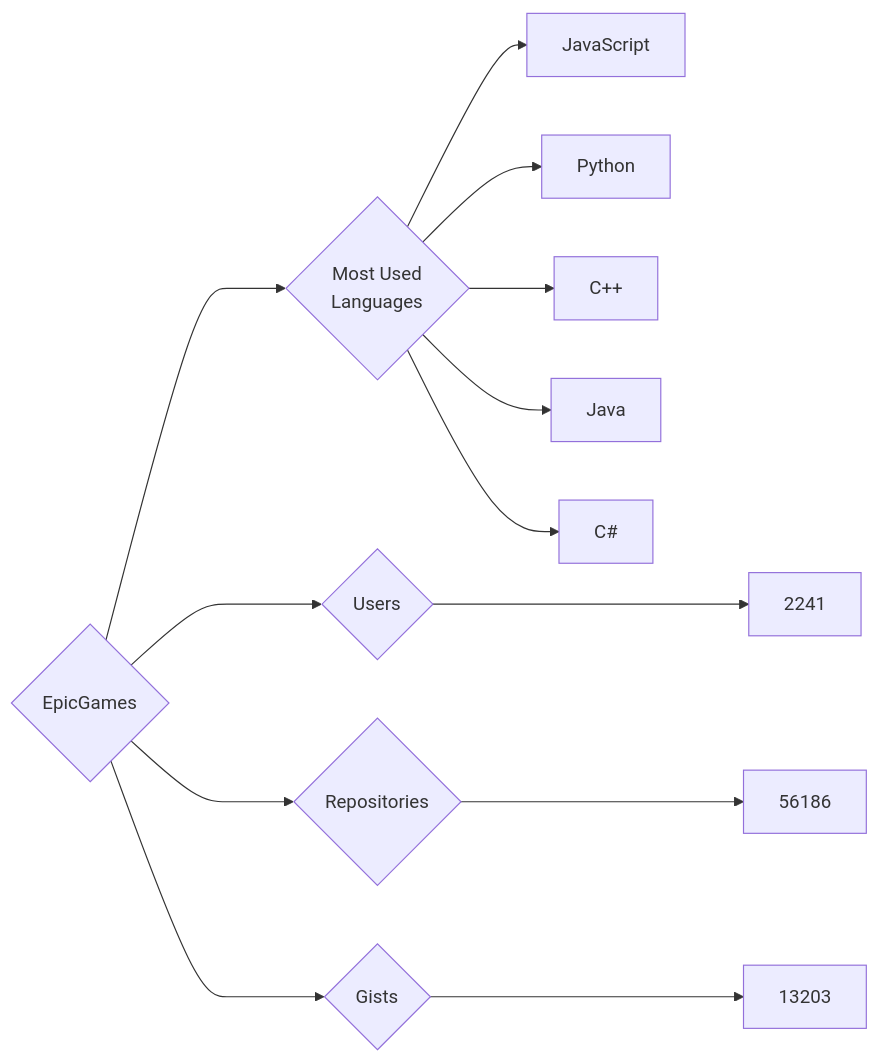
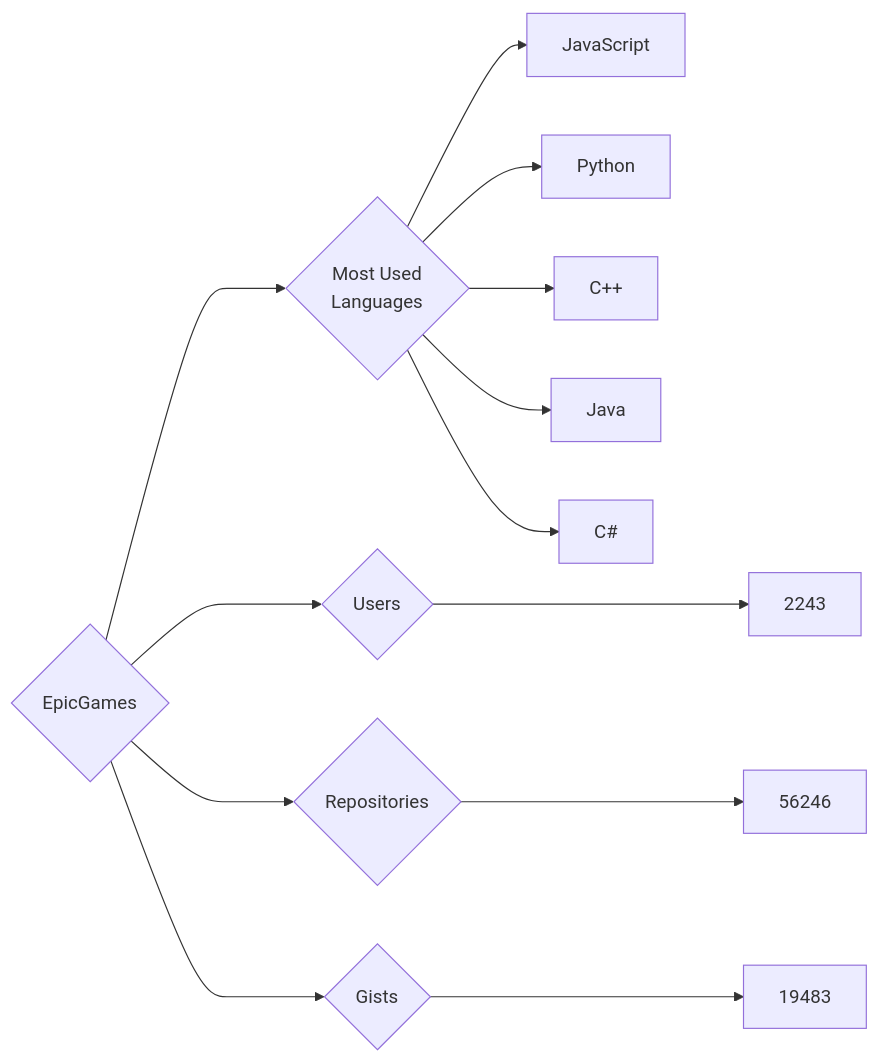
One commit to trickest/insiders changed the diagram in targets/EpicGames/README.md. Above: the diagram before and after it, drawn with Mermaid. The commit also changed 681 other files, not shown here.

````diff
--- a/targets/EpicGames/README.md
+++ b/targets/EpicGames/README.md
@@ -3,13 +3,13 @@
 ```mermaid
 graph LR
 COMPANY_NAME{EpicGames}
-COMPANY_NAME ---> U{Users} ---> UN[2241]
-COMPANY_NAME ---> R{Repositories} ---> RN[56186]
-COMPANY_NAME ---> G{Gists} ---> GN[13203]
+COMPANY_NAME ---> U{Users} ---> UN[2243]
+COMPANY_NAME ---> R{Repositories} ---> RN[56246]
+COMPANY_NAME ---> G{Gists} ---> GN[19483]
 COMPANY_NAME ---> ML{Most Used<br>Languages}
 ML --> JavaScript[JavaScript]
 ML --> Python[Python]
 ML --> C++[C++]
 ML --> Java[Java]
 ML --> C#[C#]
 ```
````
